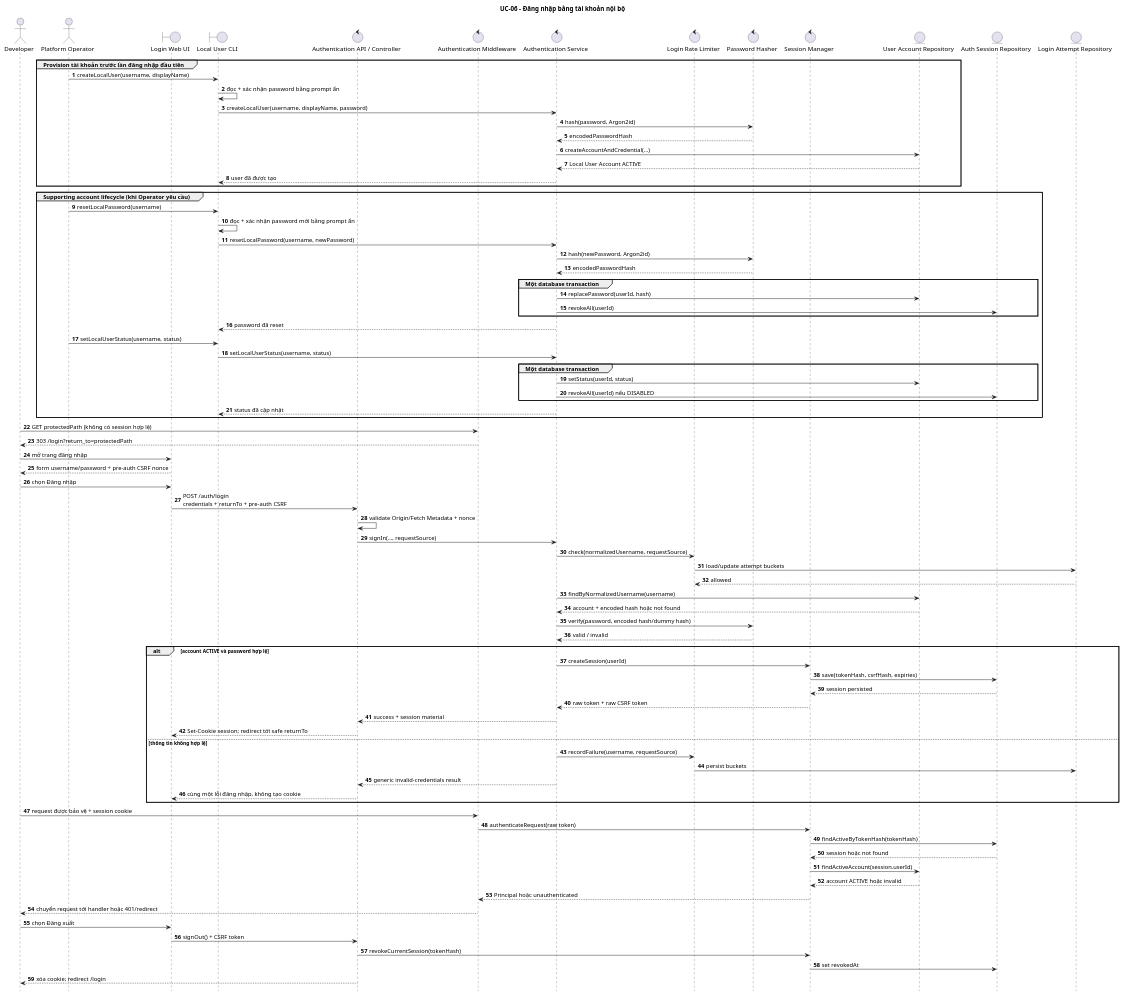
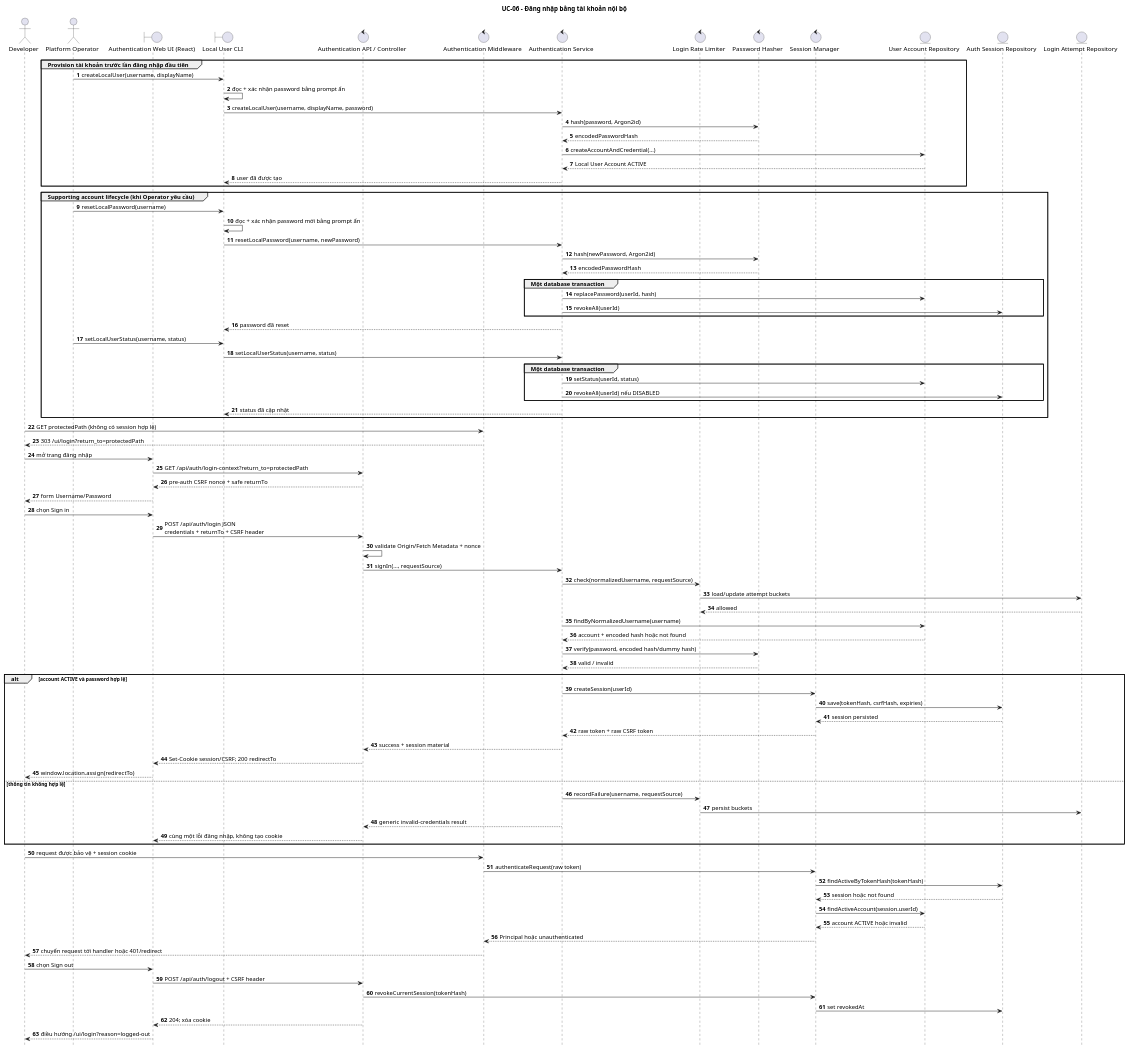
The diagram in docs/use-cases/UC-06/sequence.puml (pr3s3nt/final_idp), drawn with PlantUML before and after one commit. The commit also changed 16 other files, not shown here.

```diff
--- a/docs/use-cases/UC-06/sequence.puml
+++ b/docs/use-cases/UC-06/sequence.puml
@@ -1,98 +1,102 @@
 @startuml
 title UC-06 - Đăng nhập bằng tài khoản nội bộ
 
 autonumber
 hide footbox
 
 actor Developer
 actor "Platform Operator" as Operator
-boundary "Login Web UI" as UI
+boundary "Authentication Web UI (React)" as UI
 boundary "Local User CLI" as CLI
 control "Authentication API / Controller" as API
 control "Authentication Middleware" as Middleware
 control "Authentication Service" as Service
 control "Login Rate Limiter" as Limiter
 control "Password Hasher" as Hasher
 control "Session Manager" as Sessions
 entity "User Account Repository" as Users
 entity "Auth Session Repository" as SessionRepo
 entity "Login Attempt Repository" as AttemptRepo
 
 group Provision tài khoản trước lần đăng nhập đầu tiên
   Operator -> CLI: createLocalUser(username, displayName)
   CLI -> CLI: đọc + xác nhận password bằng prompt ẩn
   CLI -> Service: createLocalUser(username, displayName, password)
   Service -> Hasher: hash(password, Argon2id)
   Hasher --> Service: encodedPasswordHash
   Service -> Users: createAccountAndCredential(...)
   Users --> Service: Local User Account ACTIVE
   Service --> CLI: user đã được tạo
 end
 
 group Supporting account lifecycle (khi Operator yêu cầu)
   Operator -> CLI: resetLocalPassword(username)
   CLI -> CLI: đọc + xác nhận password mới bằng prompt ẩn
   CLI -> Service: resetLocalPassword(username, newPassword)
   Service -> Hasher: hash(newPassword, Argon2id)
   Hasher --> Service: encodedPasswordHash
   group Một database transaction
     Service -> Users: replacePassword(userId, hash)
     Service -> SessionRepo: revokeAll(userId)
   end
   Service --> CLI: password đã reset
 
   Operator -> CLI: setLocalUserStatus(username, status)
   CLI -> Service: setLocalUserStatus(username, status)
   group Một database transaction
     Service -> Users: setStatus(userId, status)
     Service -> SessionRepo: revokeAll(userId) nếu DISABLED
   end
   Service --> CLI: status đã cập nhật
 end
 
 Developer -> Middleware: GET protectedPath (không có session hợp lệ)
-Middleware --> Developer: 303 /login?return_to=protectedPath
+Middleware --> Developer: 303 /ui/login?return_to=protectedPath
 Developer -> UI: mở trang đăng nhập
-UI --> Developer: form username/password + pre-auth CSRF nonce
-Developer -> UI: chọn Đăng nhập
-UI -> API: POST /auth/login\ncredentials + returnTo + pre-auth CSRF
+UI -> API: GET /api/auth/login-context?return_to=protectedPath
+API --> UI: pre-auth CSRF nonce + safe returnTo
+UI --> Developer: form Username/Password
+Developer -> UI: chọn Sign in
+UI -> API: POST /api/auth/login JSON\ncredentials + returnTo + CSRF header
 API -> API: validate Origin/Fetch Metadata + nonce
 API -> Service: signIn(..., requestSource)
 Service -> Limiter: check(normalizedUsername, requestSource)
 Limiter -> AttemptRepo: load/update attempt buckets
 AttemptRepo --> Limiter: allowed
 Service -> Users: findByNormalizedUsername(username)
 Users --> Service: account + encoded hash hoặc not found
 Service -> Hasher: verify(password, encoded hash/dummy hash)
 Hasher --> Service: valid / invalid
 
 alt account ACTIVE và password hợp lệ
   Service -> Sessions: createSession(userId)
   Sessions -> SessionRepo: save(tokenHash, csrfHash, expiries)
   SessionRepo --> Sessions: session persisted
   Sessions --> Service: raw token + raw CSRF token
   Service --> API: success + session material
-  API --> UI: Set-Cookie session; redirect tới safe returnTo
+  API --> UI: Set-Cookie session/CSRF; 200 redirectTo
+  UI --> Developer: window.location.assign(redirectTo)
 else thông tin không hợp lệ
   Service -> Limiter: recordFailure(username, requestSource)
   Limiter -> AttemptRepo: persist buckets
   Service --> API: generic invalid-credentials result
   API --> UI: cùng một lỗi đăng nhập, không tạo cookie
 end
 
 Developer -> Middleware: request được bảo vệ + session cookie
 Middleware -> Sessions: authenticateRequest(raw token)
 Sessions -> SessionRepo: findActiveByTokenHash(tokenHash)
 SessionRepo --> Sessions: session hoặc not found
 Sessions -> Users: findActiveAccount(session.userId)
 Users --> Sessions: account ACTIVE hoặc invalid
 Sessions --> Middleware: Principal hoặc unauthenticated
 Middleware --> Developer: chuyển request tới handler hoặc 401/redirect
 
-Developer -> UI: chọn Đăng xuất
-UI -> API: signOut() + CSRF token
+Developer -> UI: chọn Sign out
+UI -> API: POST /api/auth/logout + CSRF header
 API -> Sessions: revokeCurrentSession(tokenHash)
 Sessions -> SessionRepo: set revokedAt
-API --> Developer: xóa cookie; redirect /login
+API --> UI: 204; xóa cookie
+UI --> Developer: điều hướng /ui/login?reason=logged-out
 
 @enduml
```
